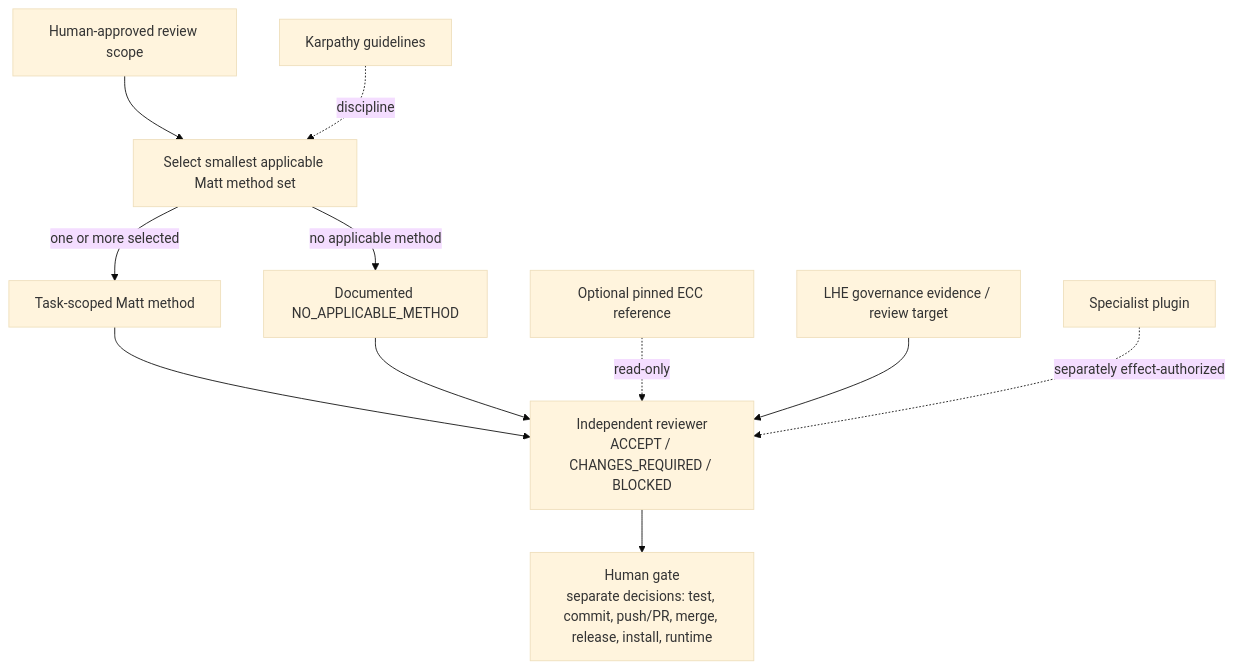
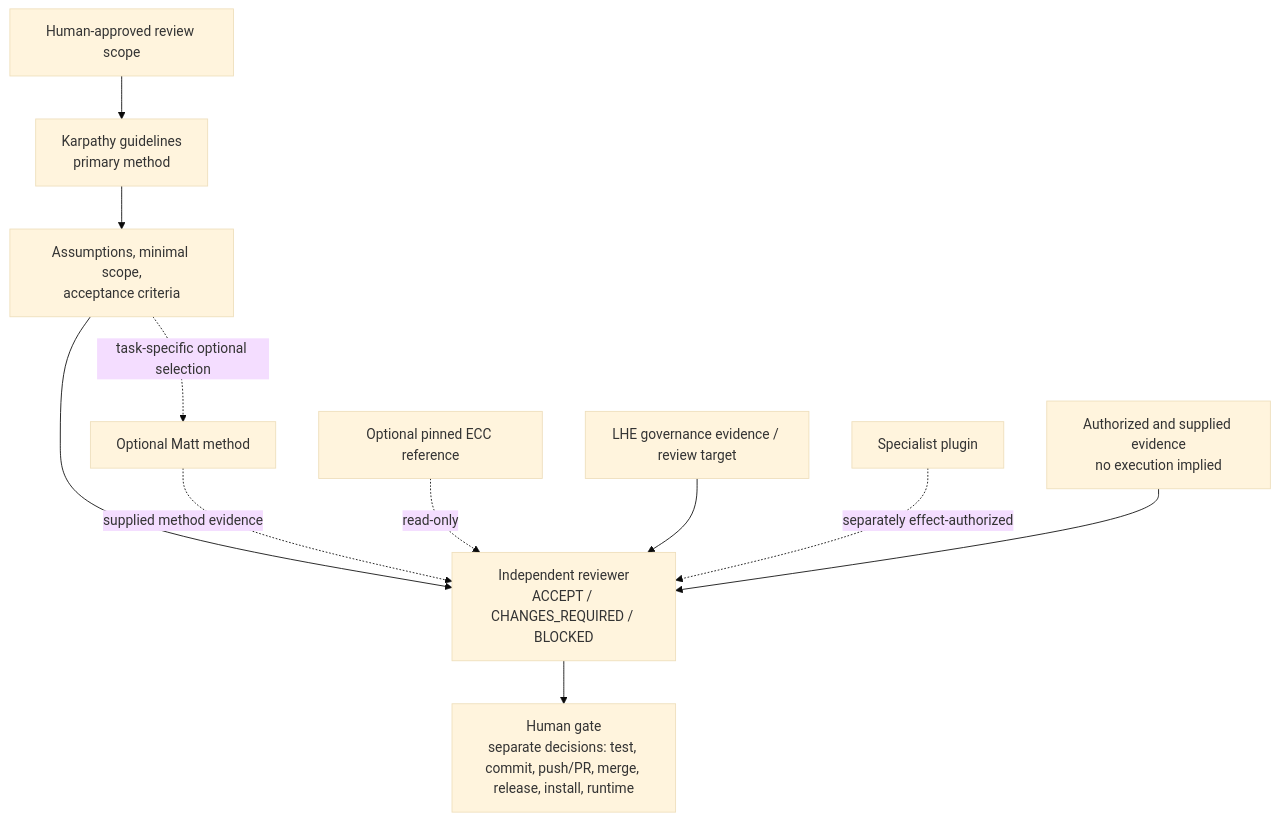
The diagram in sandbox/skill-incubator/architecture/independent-lhe-upgrade-review-checklist.md (Q20396/codex-long-horizon-skill), drawn with Mermaid (base theme) before and after one commit. The commit also changed other lines of this file, not shown here.

Commit message:
docs(governance): clarify independent review method boundaries

````diff
--- a/sandbox/skill-incubator/architecture/independent-lhe-upgrade-review-checklist.md
+++ b/sandbox/skill-incubator/architecture/independent-lhe-upgrade-review-checklist.md
@@ -223,16 +214,15 @@
 ```mermaid
 flowchart TD
-  S["Human-approved review scope"] --> Q["Select smallest applicable Matt method set"]
-  K["Karpathy guidelines"] -. discipline .-> Q
+  S["Human-approved review scope"] --> K["Karpathy guidelines<br/>primary method"]
+  K --> D["Assumptions, minimal scope,<br/>acceptance criteria"]
+  D --> R["Independent reviewer<br/>ACCEPT / CHANGES_REQUIRED / BLOCKED"]
 
-  Q -->|"one or more selected"| M["Task-scoped Matt method"]
-  Q -->|"no applicable method"| N["Documented NO_APPLICABLE_METHOD"]
-
-  M --> R["Independent reviewer<br/>ACCEPT / CHANGES_REQUIRED / BLOCKED"]
-  N --> R
+  D -. task-specific optional selection .-> M["Optional Matt method"]
+  M -. supplied method evidence .-> R
   E["Optional pinned ECC reference"] -. read-only .-> R
   L["LHE governance evidence / review target"] --> R
   P["Specialist plugin"] -. separately effect-authorized .-> R
+  A["Authorized and supplied evidence<br/>no execution implied"] --> R
 
   R --> H["Human gate<br/>separate decisions: test, commit, push/PR, merge, release, install, runtime"]
 ```
````
